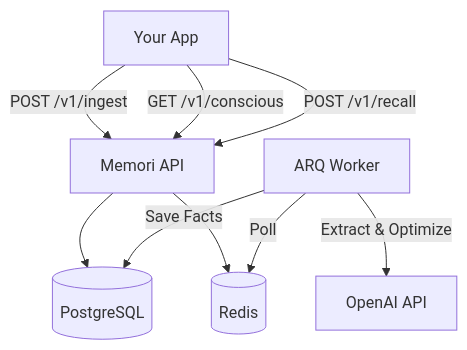
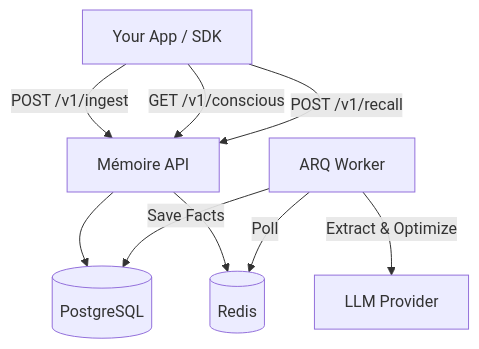
Before and after one commit to rajat1299/ai-memory-engine: the diagram in README.md, drawn with Mermaid. The commit also changed other lines of this file and 14 other files, not shown here.

````diff
--- a/README.md
+++ b/README.md
@@ -42,13 +59,13 @@
 ```mermaid
 graph TD
-    Client[Your App] -->|POST /v1/ingest| API[Memori API]
+    Client[Your App / SDK] -->|POST /v1/ingest| API[Mémoire API]
     Client -->|GET /v1/conscious| API
     Client -->|POST /v1/recall| API
     
     API --> DB[(PostgreSQL)]
     API --> Redis[(Redis)]
     
     Worker[ARQ Worker] -->|Poll| Redis
-    Worker -->|Extract & Optimize| OpenAI[OpenAI API]
+    Worker -->|Extract & Optimize| OpenAI[LLM Provider]
     Worker -->|Save Facts| DB
 ```
````
